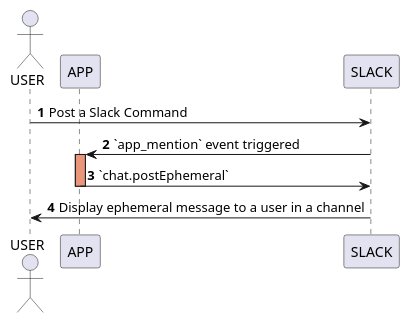
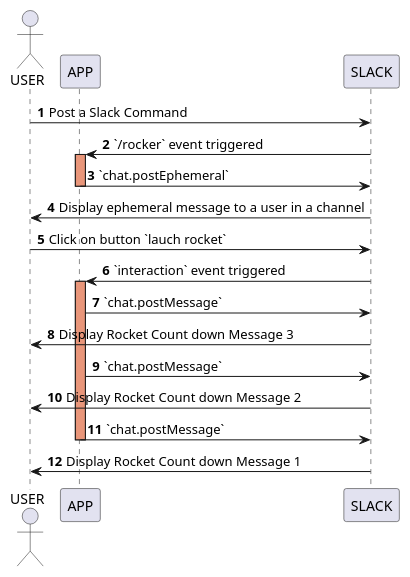
One commit to xNok/slack-go-demo-socketmode changed the diagram in controllers/slashCommandController.puml. Above: the diagram before and after it, drawn with PlantUML. The commit also changed 4 other files, not shown here.

```diff
--- a/controllers/slashCommandController.puml
+++ b/controllers/slashCommandController.puml
@@ -1,13 +1,22 @@
 @startuml
 actor USER as U 
 participant APP as A
 participant SLACK as S
 
 autonumber
 
 U -> S: Post a Slack Command
-S -> A ++ #DarkSalmon: `app_mention` event triggered
+S -> A ++ #DarkSalmon: `/rocker` event triggered
 A -> S --: `chat.postEphemeral`
 S -> U: Display ephemeral message to a user in a channel
+U -> S: Click on button `lauch rocket`
+S -> A ++ #DarkSalmon: `interaction` event triggered
+A -> S: `chat.postMessage`
+S -> U: Display Rocket Count down Message 3
+A -> S: `chat.postMessage`
+S -> U: Display Rocket Count down Message 2
+A -> S --: `chat.postMessage`
+S -> U: Display Rocket Count down Message 1
+
 
 @enduml
```
